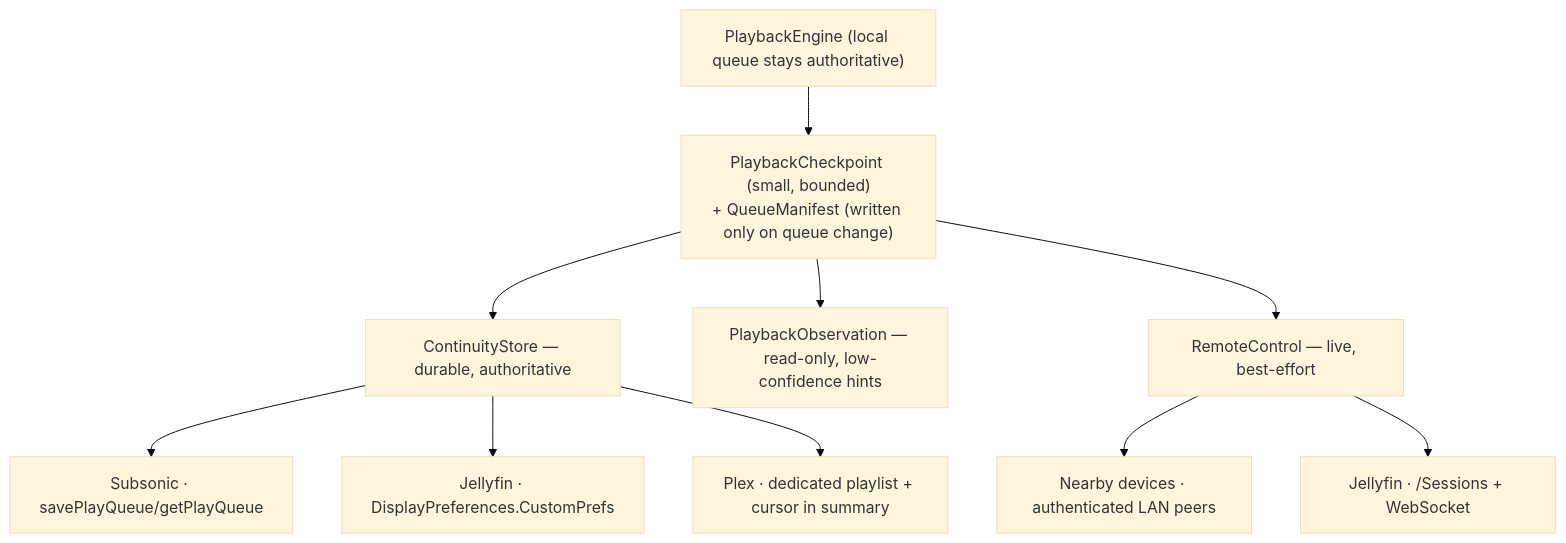
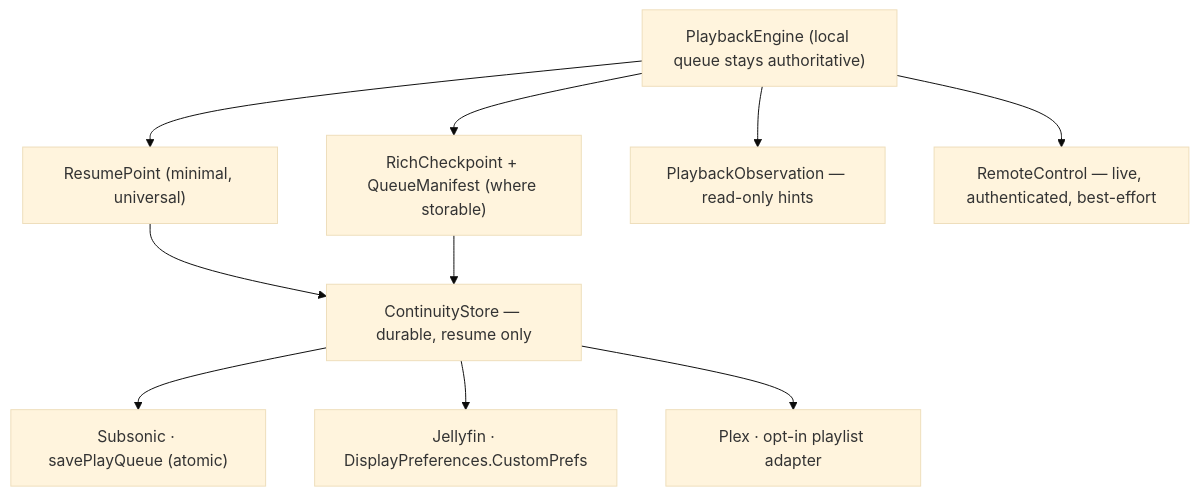
One commit to thatcube/Mozz changed the diagram in docs/adr/ADR-0010-cross-device-playback-continuity.md. Above: the diagram before and after it, drawn with Mermaid (base theme). The commit also changed other lines of this file, not shown here.

Commit message:
Make continuity honest about ownership, shuffle and windows

````diff
--- a/docs/adr/ADR-0010-cross-device-playback-continuity.md
+++ b/docs/adr/ADR-0010-cross-device-playback-continuity.md
@@ -94,13 +98,13 @@
 ```mermaid
 graph TD
     ENG["PlaybackEngine (local queue stays authoritative)"]
-    ENG --> CP["PlaybackCheckpoint (small, bounded)<br/>+ QueueManifest (written only on queue change)"]
-    CP --> CS["ContinuityStore — durable, authoritative"]
-    CP --> OBS["PlaybackObservation — read-only, low-confidence hints"]
-    CP --> RC["RemoteControl — live, best-effort"]
-    CS --> A1["Subsonic · savePlayQueue/getPlayQueue"]
+    ENG --> RP["ResumePoint (minimal, universal)"]
+    ENG --> RICH["RichCheckpoint + QueueManifest (where storable)"]
+    RP --> CS["ContinuityStore — durable, resume only"]
+    RICH --> CS
+    CS --> A1["Subsonic · savePlayQueue (atomic)"]
     CS --> A2["Jellyfin · DisplayPreferences.CustomPrefs"]
-    CS --> A3["Plex · dedicated playlist + cursor in summary"]
-    RC --> R1["Nearby devices · authenticated LAN peers"]
-    RC --> R2["Jellyfin · /Sessions + WebSocket"]
+    CS --> A3["Plex · opt-in playlist adapter"]
+    ENG --> OBS["PlaybackObservation — read-only hints"]
+    ENG --> RC["RemoteControl — live, authenticated, best-effort"]
 ```
````
